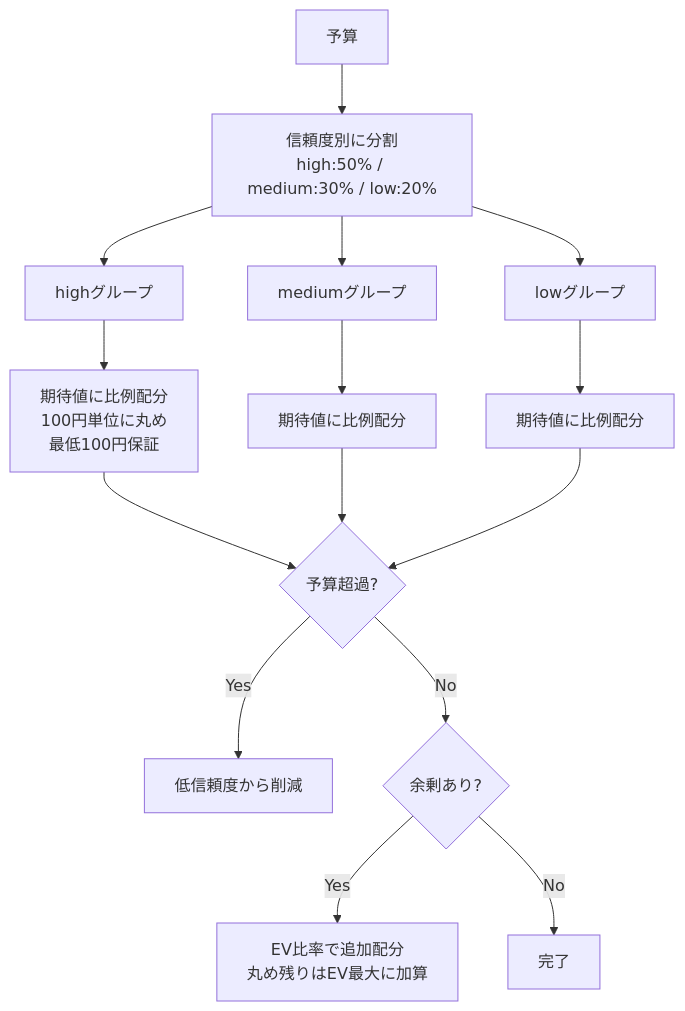
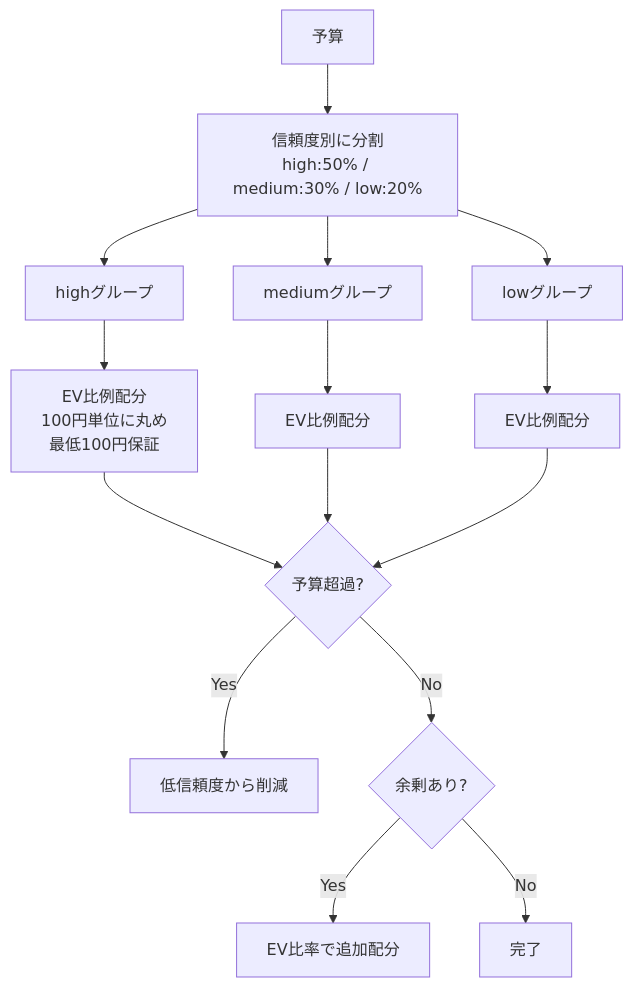
One commit to foie0222/baken-kaigi changed the fifth of 5 diagrams in docs/bet-proposal-logic.md. Above: the diagram before and after it, drawn with Mermaid. The commit also changed other lines of this file, not shown here.

````diff
--- a/docs/bet-proposal-logic.md
+++ b/docs/bet-proposal-logic.md
@@ -574,20 +387,20 @@
 ```mermaid
 flowchart TD
     B[予算] --> SPLIT[信頼度別に分割<br>high:50% / medium:30% / low:20%]
     SPLIT --> H[highグループ]
     SPLIT --> M[mediumグループ]
     SPLIT --> L[lowグループ]
 
-    H --> EV_H[期待値に比例配分<br>100円単位に丸め<br>最低100円保証]
-    M --> EV_M[期待値に比例配分]
-    L --> EV_L[期待値に比例配分]
+    H --> EV_H[EV比例配分<br>100円単位に丸め<br>最低100円保証]
+    M --> EV_M[EV比例配分]
+    L --> EV_L[EV比例配分]
 
     EV_H --> CHECK{予算超過?}
     EV_M --> CHECK
     EV_L --> CHECK
 
     CHECK -->|Yes| REDUCE[低信頼度から削減]
     CHECK -->|No| REMAIN{余剰あり?}
-    REMAIN -->|Yes| ADD[EV比率で追加配分<br>丸め残りはEV最大に加算]
+    REMAIN -->|Yes| ADD[EV比率で追加配分]
     REMAIN -->|No| DONE[完了]
 ```
````
